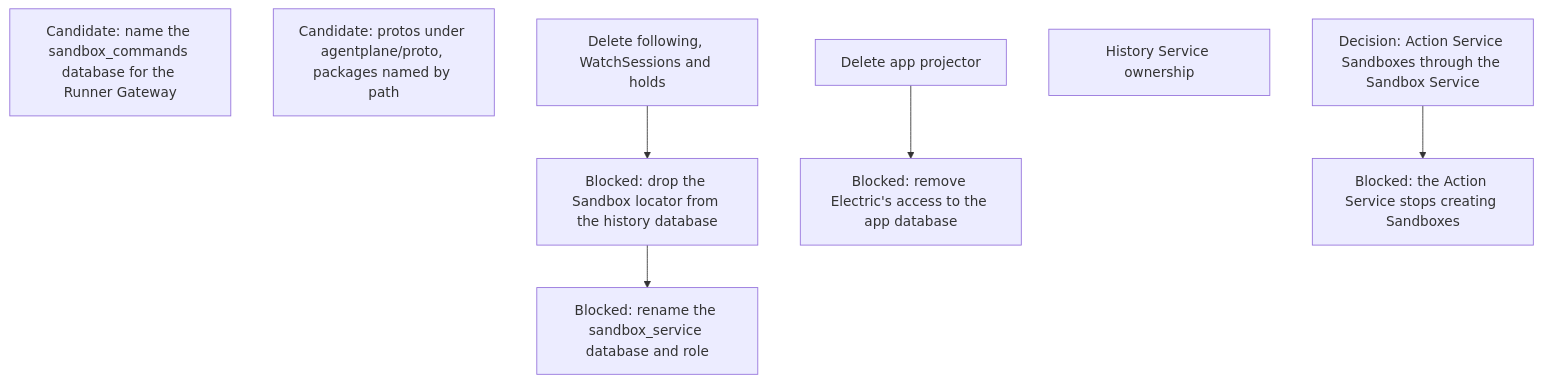
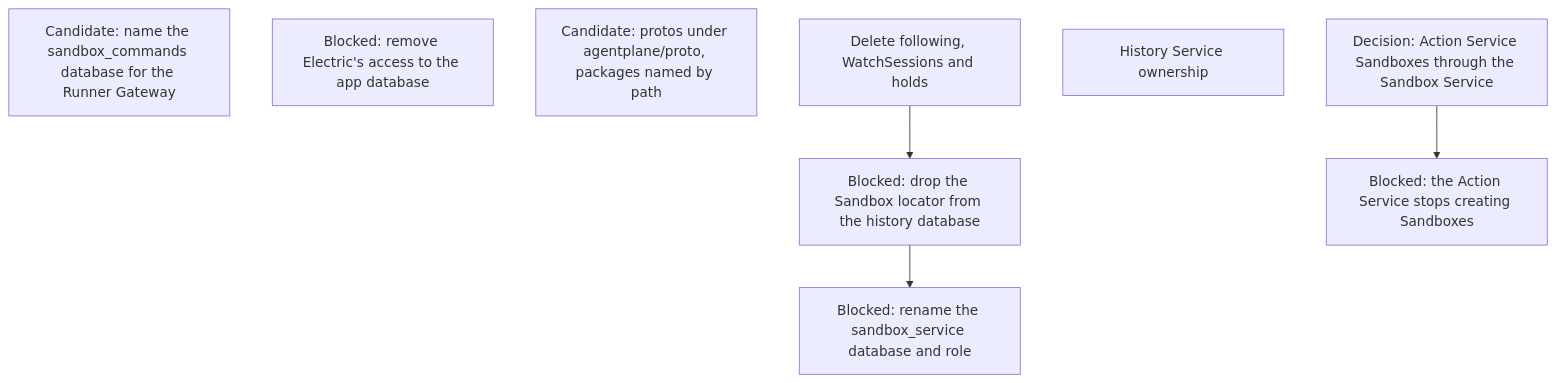
One commit to agentydragon/ducktape changed the tenth of 13 diagrams in agentplane/plans/task_dag.md. Above: the diagram before and after it, drawn with Mermaid. The commit also changed other lines of this file and 77 other files, not shown here.

First line of the commit message:
agentplane/app: read Threads only from the History Service; delete the app projector

````diff
--- a/agentplane/plans/task_dag.md
+++ b/agentplane/plans/task_dag.md
@@ -740,16 +732,14 @@
 ```mermaid
 flowchart TD
     HISTORY_SANDBOX_LOCATOR_DROP[Blocked: drop the Sandbox locator from the history database]
     HISTORY_DATABASE_RENAME[Blocked: rename the sandbox_service database and role]
     SANDBOX_DATABASE_RENAME[Candidate: name the sandbox_commands database for the Runner Gateway]
     APP_ELECTRIC_RETIRE[Blocked: remove Electric's access to the app database]
     PROTO_DIRECTORY[Candidate: protos under agentplane/proto, packages named by path]
     ACTION_SANDBOX_DESIGN[Decision: Action Service Sandboxes through the Sandbox Service]
     ACTION_SANDBOX_PROVISIONING[Blocked: the Action Service stops creating Sandboxes]
     ACTION_SANDBOX_DESIGN --> ACTION_SANDBOX_PROVISIONING
-    APP_PROJECTOR_RETIRE[Delete app projector]
     HISTORY_SERVICE_OWNERSHIP[History Service ownership]
     FOLLOW_PATH_RETIRE[Delete following, WatchSessions and holds] --> HISTORY_SANDBOX_LOCATOR_DROP
     HISTORY_SANDBOX_LOCATOR_DROP --> HISTORY_DATABASE_RENAME
-    APP_PROJECTOR_RETIRE --> APP_ELECTRIC_RETIRE
 ```
````
